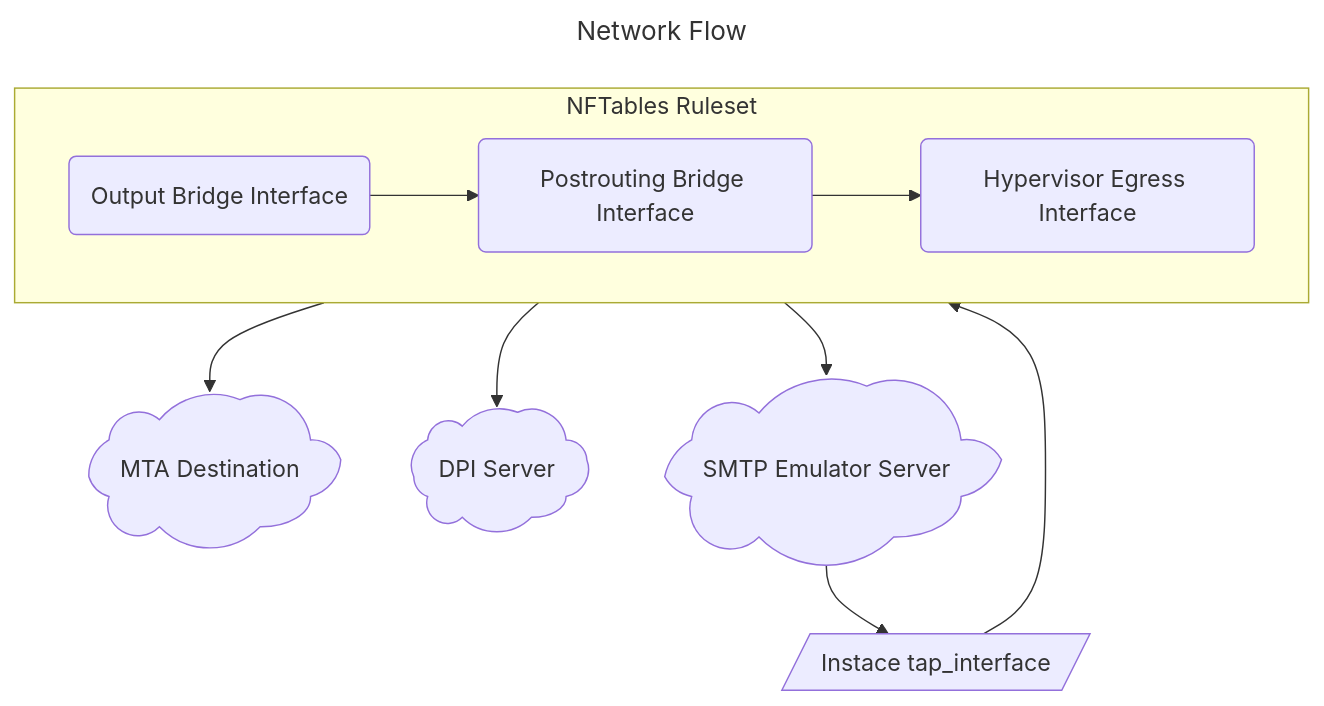
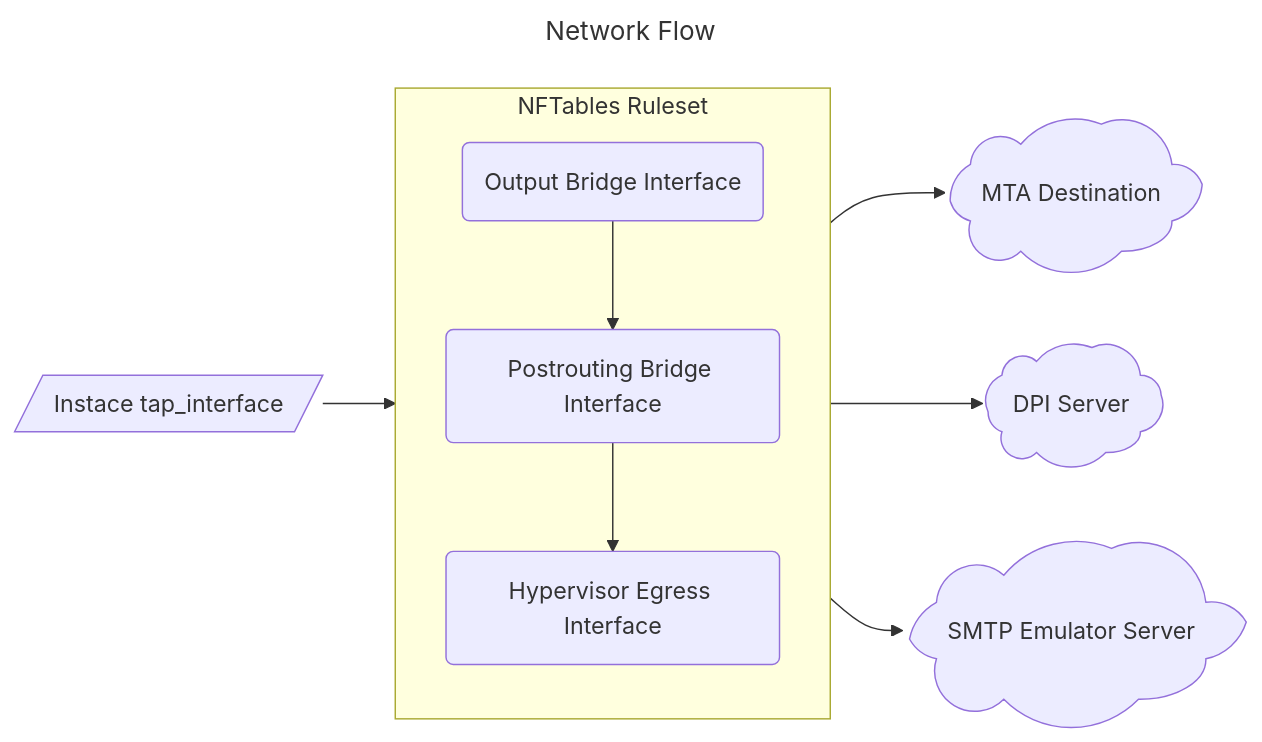
One commit to Zai4ikManiak/Cyber-Security-Study changed the diagram in Antispam System/README.md. Above: the diagram before and after it, drawn with Mermaid.

Commit message:
modified:   README.md

````diff
--- a/Antispam System/README.md
+++ b/Antispam System/README.md
@@ -3,25 +3,24 @@
 ```mermaid
 ---
 title: Network Flow
 ---
-flowchart TB
+flowchart LR
     
     tap_int["Instace tap_interface"]@{ shape: in-out }
 
     subgraph firewall["NFTables Ruleset"]
         output_br["Output Bridge Interface"]@{ shape: event }
         post_ro_br["Postrouting Bridge Interface"]@{ shape: event }
         egress["Hypervisor Egress Interface"]@{ shape: event }
     end
 
     net["MTA Destination"]@{ shape: cloud }
     dpi["DPI Server"]@{ shape: cloud }
     em{"SMTP Emulator Server"}@{ shape: cloud }
 
     tap_int --> firewall
     output_br --> post_ro_br --> egress
     firewall --> net
     firewall --> dpi
     firewall --> em 
-    em --> tap_int
 ```
````
